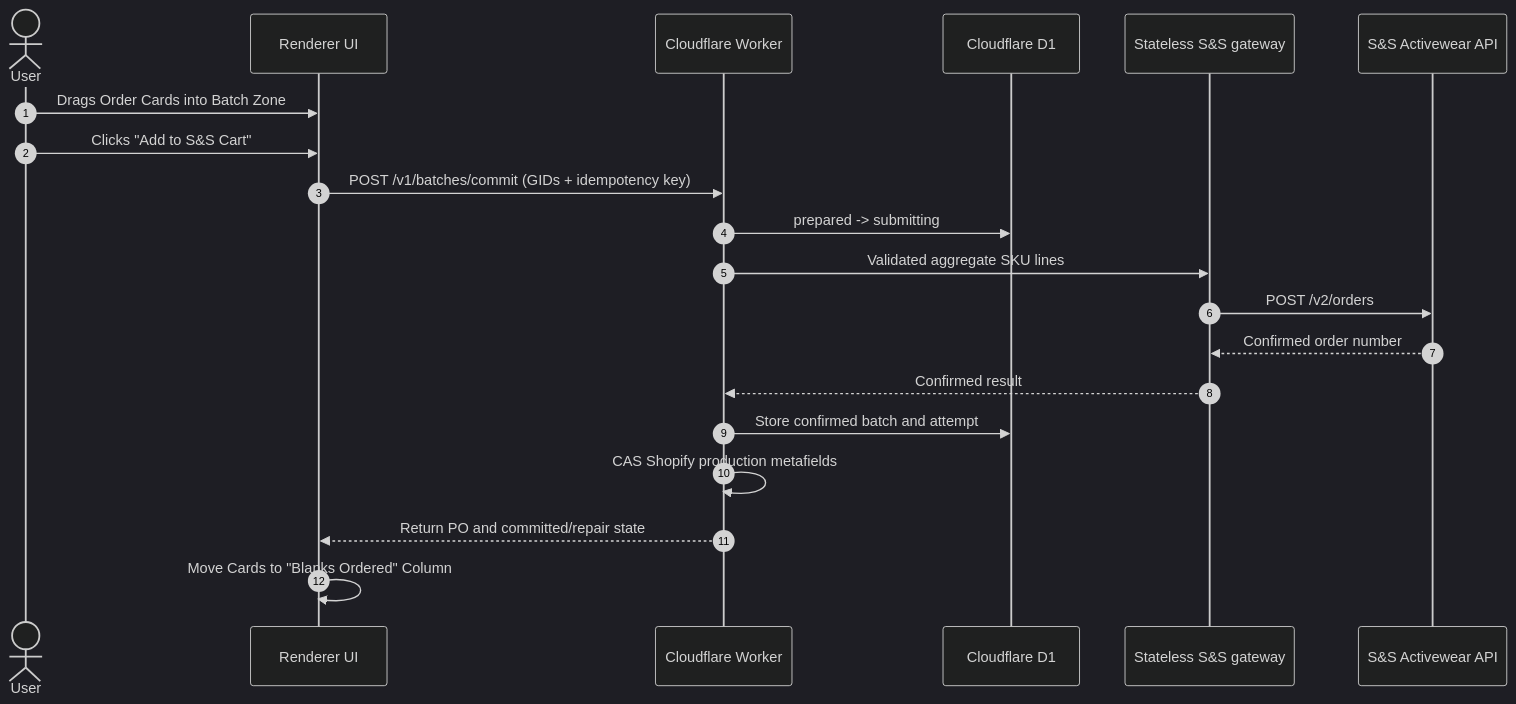
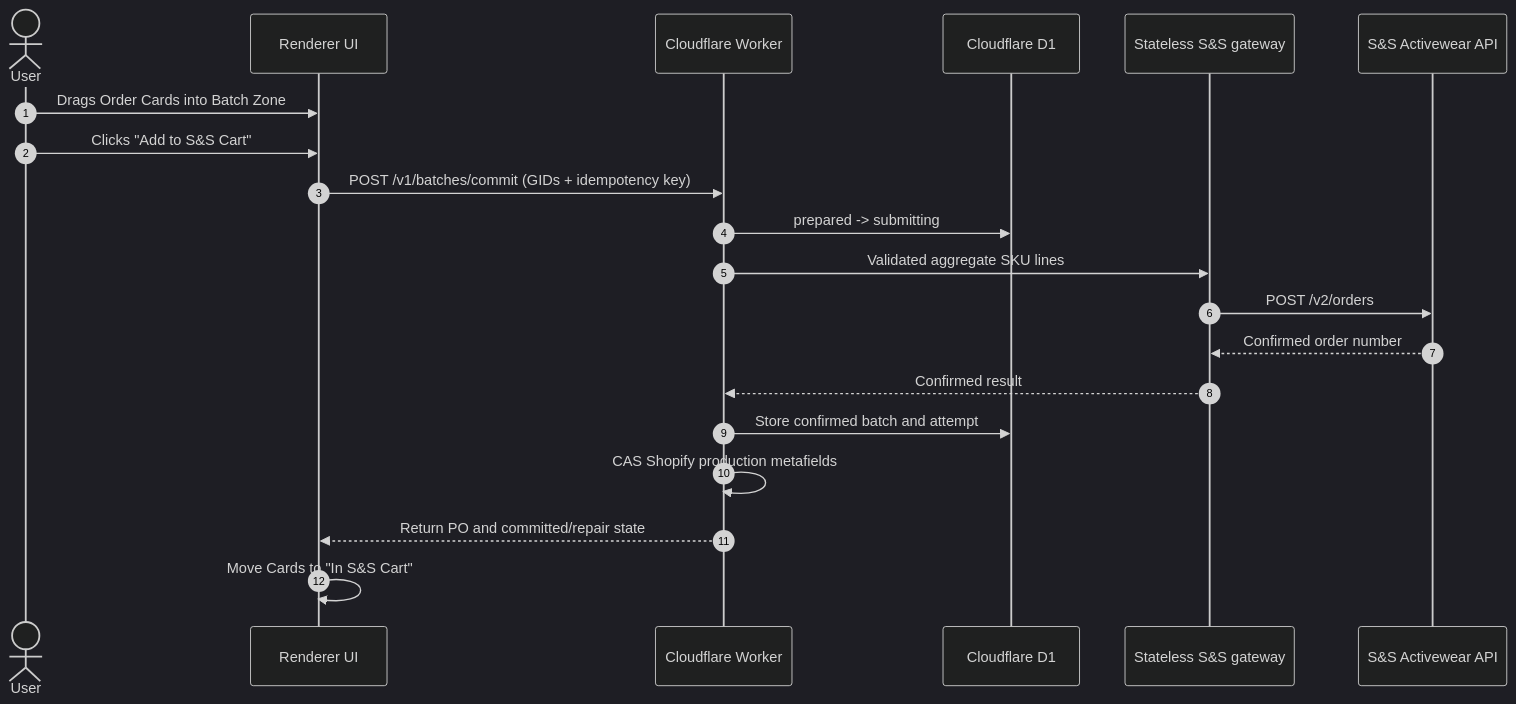
The diagram in docs/official-docs/workflows/blanks-batching.md (personman1234567/PrintMO-Order-Management), drawn with Mermaid (dark theme) before and after one commit. The commit also changed other lines of this file and 4 other files, not shown here.

Commit message:
Keep submitted S&S cards in cart

````diff
--- a/docs/official-docs/workflows/blanks-batching.md
+++ b/docs/official-docs/workflows/blanks-batching.md
@@ -21,23 +21,23 @@
 ```mermaid
 sequenceDiagram
     autonumber
     actor User
     participant UI as Renderer UI
     participant Worker as Cloudflare Worker
     participant D1 as Cloudflare D1
     participant Gateway as Stateless S&S gateway
     participant SS as S&S Activewear API
 
     User->>UI: Drags Order Cards into Batch Zone
     User->>UI: Clicks "Add to S&S Cart"
     UI->>Worker: POST /v1/batches/commit (GIDs + idempotency key)
     Worker->>D1: prepared -> submitting
     Worker->>Gateway: Validated aggregate SKU lines
     Gateway->>SS: POST /v2/orders
     SS-->>Gateway: Confirmed order number
     Gateway-->>Worker: Confirmed result
     Worker->>D1: Store confirmed batch and attempt
     Worker->>Worker: CAS Shopify production metafields
     Worker-->>UI: Return PO and committed/repair state
-    UI->>UI: Move Cards to "Blanks Ordered" Column
+    UI->>UI: Move Cards to "In S&S Cart"
 ```
````
